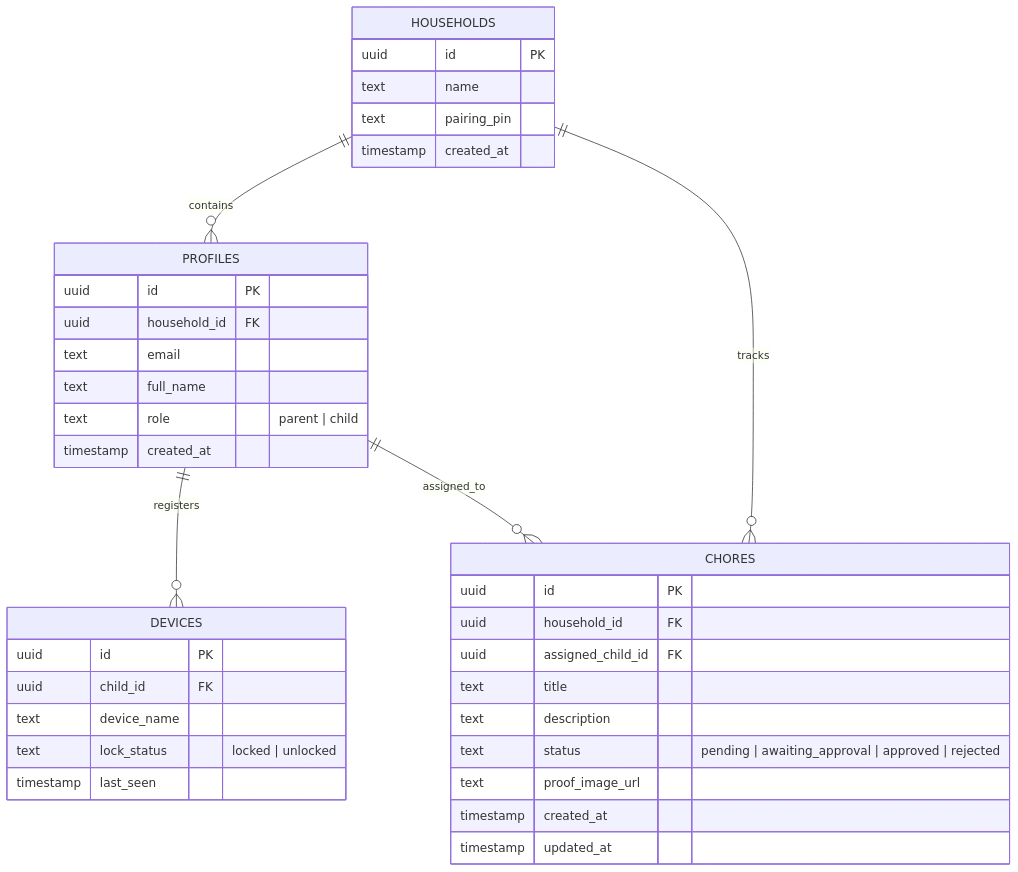
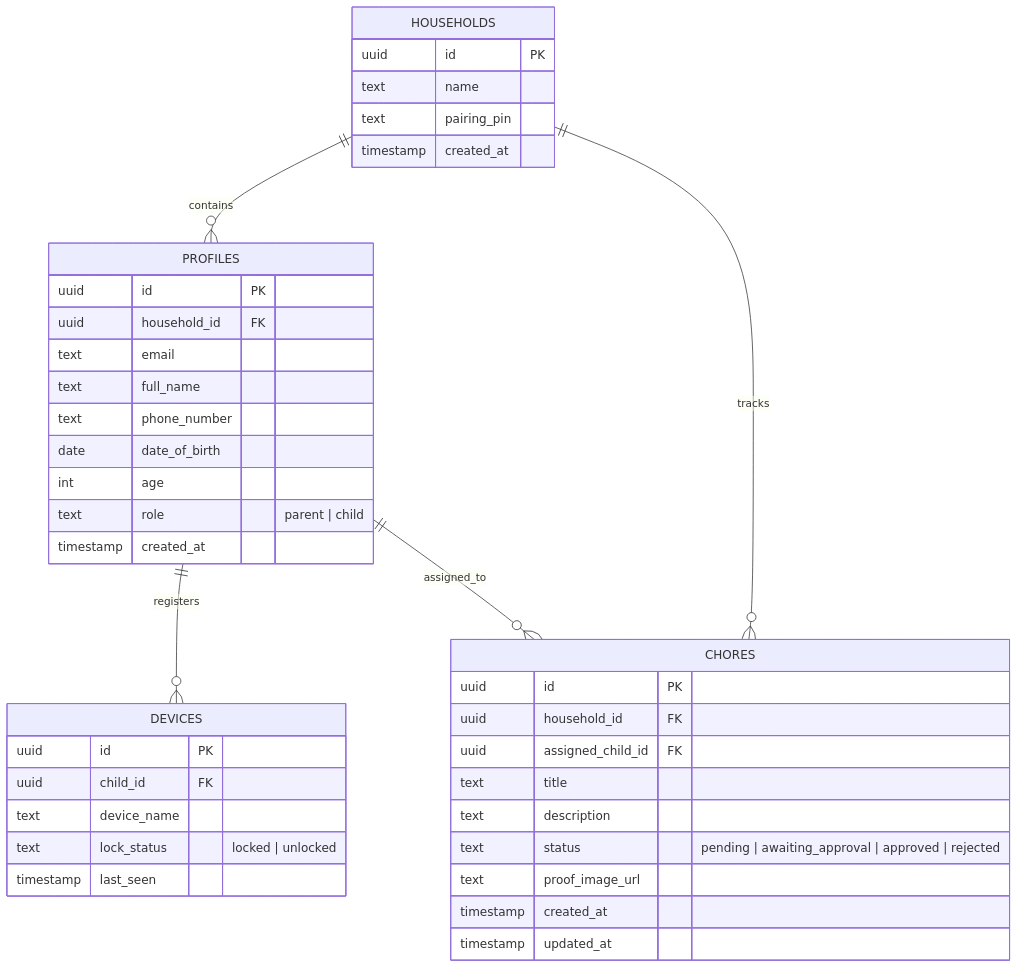
Before and after one commit to JohnLloydCanoy/chorpy: the second of 2 diagrams in README.md, drawn with Mermaid. The commit also changed other lines of this file and 1 other file, not shown here.

Commit message:
Enhance user profile data capture by adding phone number, date of birth, and age fields in profiles table and onboarding process

````diff
--- a/README.md
+++ b/README.md
@@ -278,43 +278,46 @@
 ```mermaid
 erDiagram
     HOUSEHOLDS ||--o{ PROFILES : contains
     HOUSEHOLDS ||--o{ CHORES : tracks
     PROFILES ||--o{ DEVICES : registers
     PROFILES ||--o{ CHORES : assigned_to
 
     HOUSEHOLDS {
         uuid id PK
         text name
         text pairing_pin
         timestamp created_at
     }
 
     PROFILES {
         uuid id PK
         uuid household_id FK
         text email
         text full_name
+        text phone_number
+        date date_of_birth
+        int age
         text role "parent | child"
         timestamp created_at
     }
 
     DEVICES {
         uuid id PK
         uuid child_id FK
         text device_name
         text lock_status "locked | unlocked"
         timestamp last_seen
     }
 
     CHORES {
         uuid id PK
         uuid household_id FK
         uuid assigned_child_id FK
         text title
         text description
         text status "pending | awaiting_approval | approved | rejected"
         text proof_image_url
         timestamp created_at
         timestamp updated_at
     }
 ```
````
